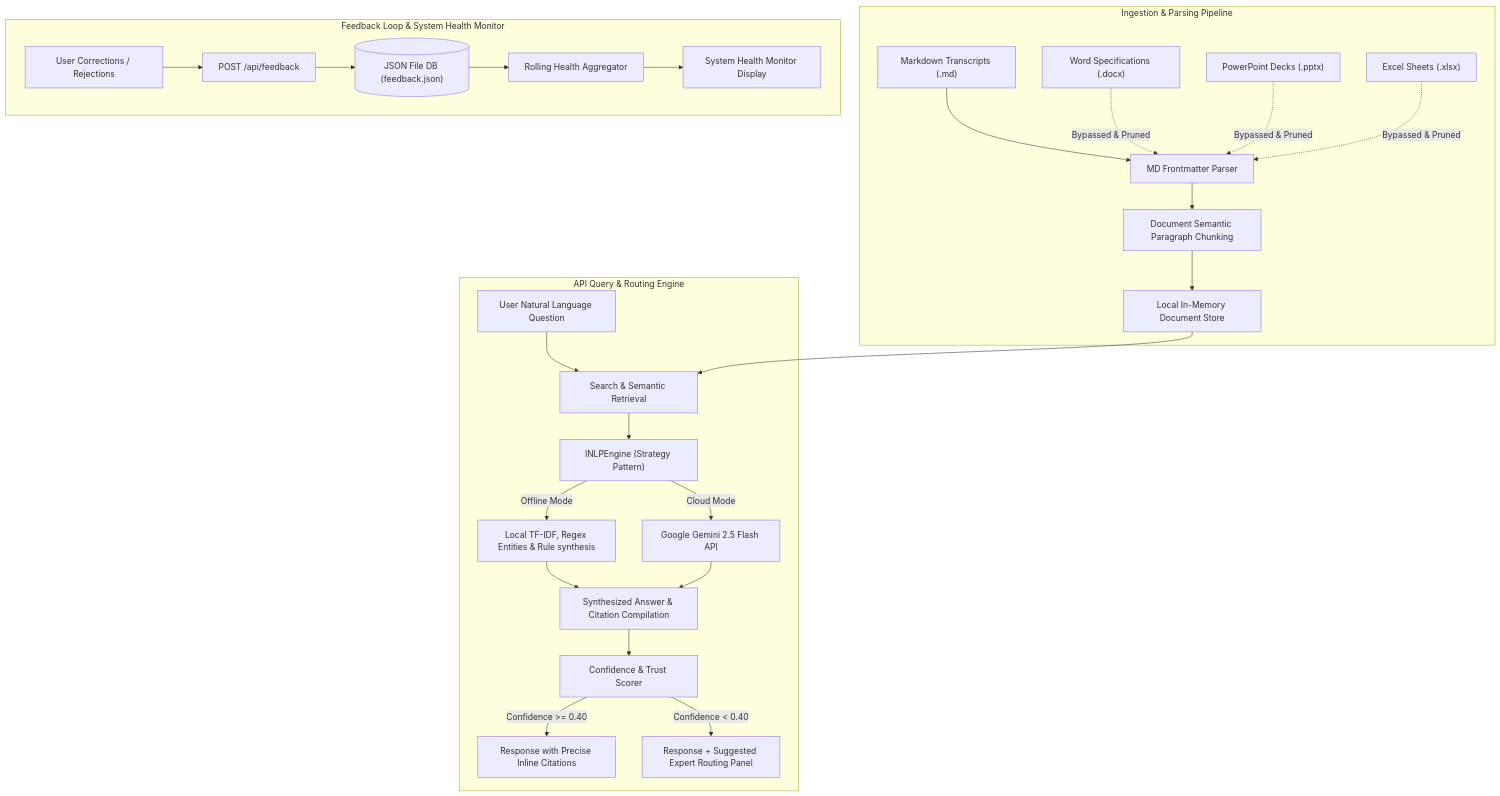
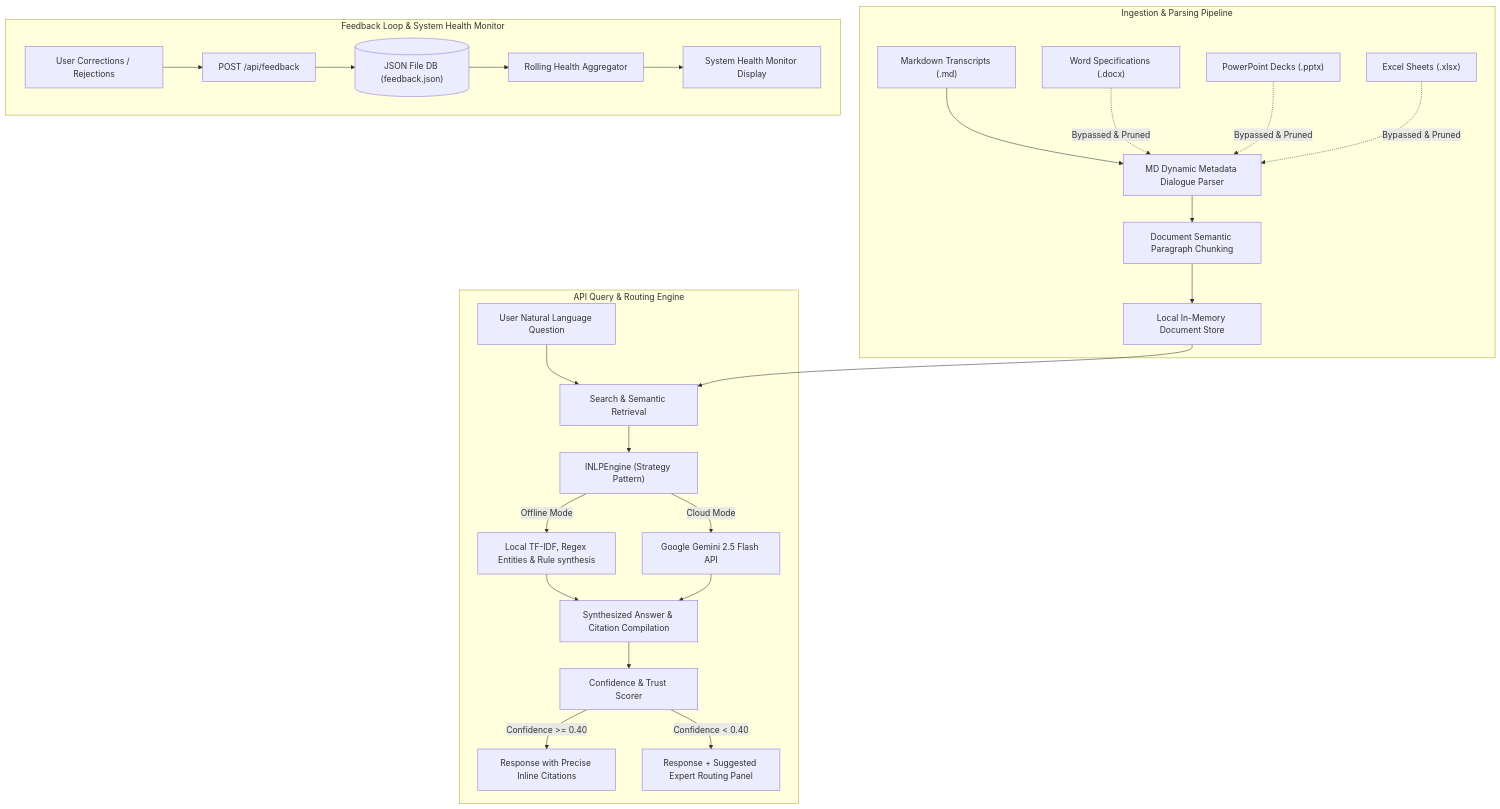
Before and after one commit to ksvarre/AetherGrid-Technologies: the first of 3 diagrams in docs/ARCHITECTURE.md, drawn with Mermaid. The commit also changed other lines of this file and 35 other files, not shown here.

````diff
--- a/docs/ARCHITECTURE.md
+++ b/docs/ARCHITECTURE.md
@@ -10,39 +10,39 @@
 ```mermaid
 graph TD
     %% Ingestion Pipeline
     subgraph Ingestion ["Ingestion & Parsing Pipeline"]
-        MD_Files["Markdown Transcripts (.md)"] --> MD_P["MD Frontmatter Parser"]
+        MD_Files["Markdown Transcripts (.md)"] --> MD_P["MD Dynamic Metadata Dialogue Parser"]
         DOCX_Files["Word Specifications (.docx)"] -.->|Bypassed & Pruned| MD_P
         PPTX_Files["PowerPoint Decks (.pptx)"] -.->|Bypassed & Pruned| MD_P
         XLSX_Files["Excel Sheets (.xlsx)"] -.->|Bypassed & Pruned| MD_P
         
         MD_P --> Chunking["Document Semantic Paragraph Chunking"]
         Chunking --> DocIndex["Local In-Memory Document Store"]
     end
 
     %% Search and Retrieval
     subgraph SearchAPI ["API Query & Routing Engine"]
         UserQuery["User Natural Language Question"] --> QueryParser["Search & Semantic Retrieval"]
         DocIndex --> QueryParser
         
         QueryParser --> NLPEngine["INLPEngine (Strategy Pattern)"]
         
         NLPEngine -->|Offline Mode| LocalNLP["Local TF-IDF, Regex Entities & Rule synthesis"]
         NLPEngine -->|Cloud Mode| GeminiNLP["Google Gemini 2.5 Flash API"]
         
         LocalNLP & GeminiNLP --> ResGen["Synthesized Answer & Citation Compilation"]
         ResGen --> Scorer["Confidence & Trust Scorer"]
         
         Scorer -->|Confidence >= 0.40| HighConf["Response with Precise Inline Citations"]
         Scorer -->|Confidence < 0.40| LowConf["Response + Suggested Expert Routing Panel"]
     end
 
     %% Self Healing
     subgraph SelfHealing ["Feedback Loop & System Health Monitor"]
         UIFeedback["User Corrections / Rejections"] --> FeedbackAPI["POST /api/feedback"]
         FeedbackAPI --> LocalJSONDB[("JSON File DB (feedback.json)")]
         
         LocalJSONDB --> QualityMon["Rolling Health Aggregator"]
         QualityMon --> HealthDashboard["System Health Monitor Display"]
     end
 ```
````
